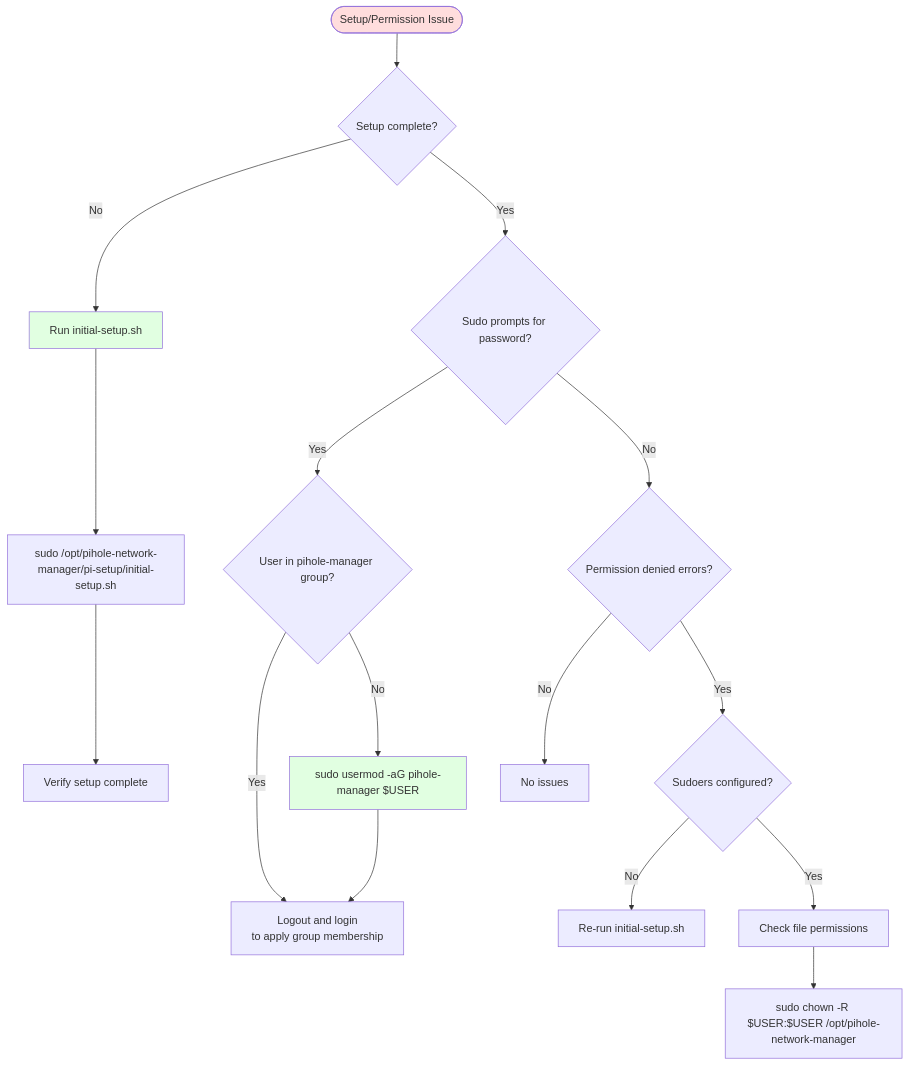
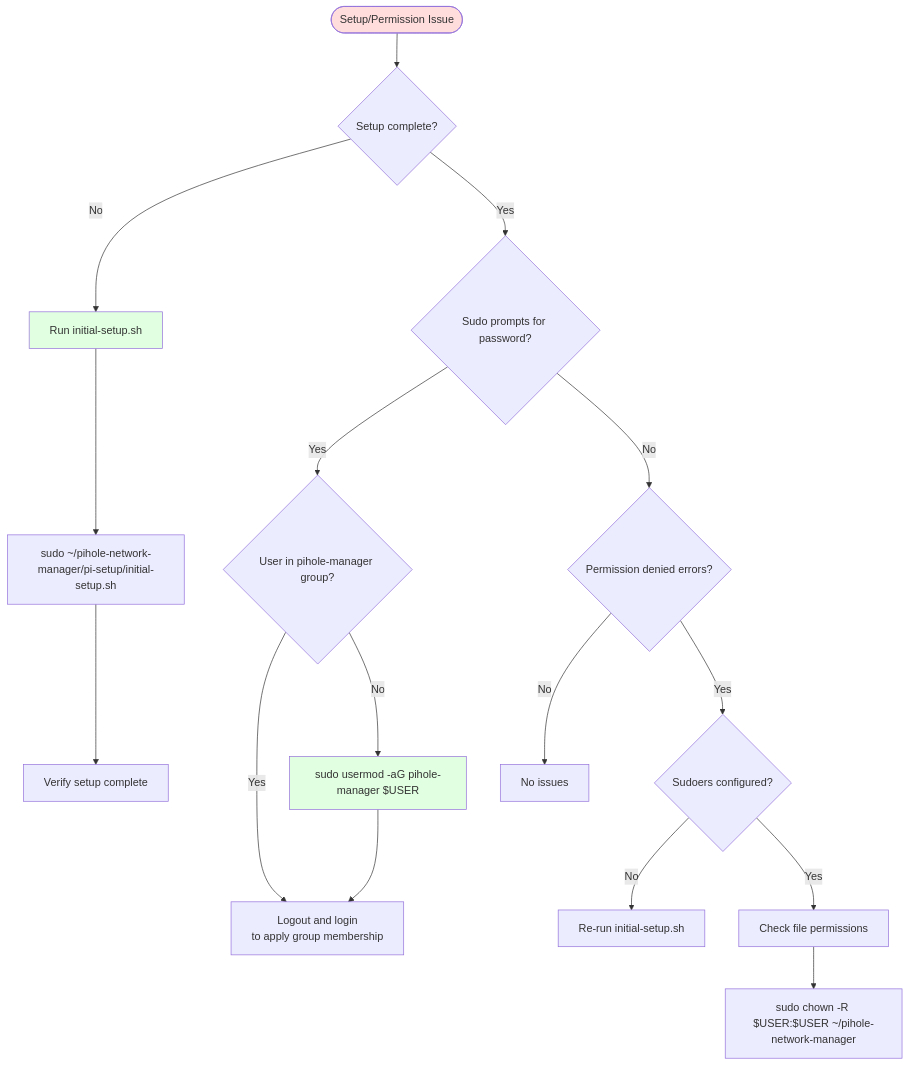
Before and after one commit to ThePraxium/pihole-network-manager: the second of 11 diagrams in docs/troubleshooting-guide.md, drawn with Mermaid. The commit also changed other lines of this file and 16 other files, not shown here.

````diff
--- a/docs/troubleshooting-guide.md
+++ b/docs/troubleshooting-guide.md
@@ -46,30 +46,30 @@
 ```mermaid
 flowchart TD
     SetupStart([Setup/Permission Issue]) --> Check1{Setup complete?}
 
     Check1 -->|No| RunSetup[Run initial-setup.sh]
     Check1 -->|Yes| Check2{Sudo prompts for password?}
 
-    RunSetup --> SetupCmd["sudo /opt/pihole-network-manager/pi-setup/initial-setup.sh"]
+    RunSetup --> SetupCmd["sudo ~/pihole-network-manager/pi-setup/initial-setup.sh"]
     SetupCmd --> Verify[Verify setup complete]
 
     Check2 -->|Yes| GroupCheck{User in pihole-manager group?}
     Check2 -->|No| Check3{Permission denied errors?}
 
     GroupCheck -->|No| AddGroup["sudo usermod -aG pihole-manager $USER"]
     GroupCheck -->|Yes| Relogin[Logout and login<br/>to apply group membership]
 
     AddGroup --> Relogin
 
     Check3 -->|Yes| SudoersCheck{Sudoers configured?}
     Check3 -->|No| Success[No issues]
 
     SudoersCheck -->|No| RunSetupAgain[Re-run initial-setup.sh]
     SudoersCheck -->|Yes| FilePerms[Check file permissions]
 
-    FilePerms --> FixPerms["sudo chown -R $USER:$USER /opt/pihole-network-manager"]
+    FilePerms --> FixPerms["sudo chown -R $USER:$USER ~/pihole-network-manager"]
 
     style SetupStart fill:#fdd
     style RunSetup fill:#e1ffe1
     style AddGroup fill:#e1ffe1
 ```
````
